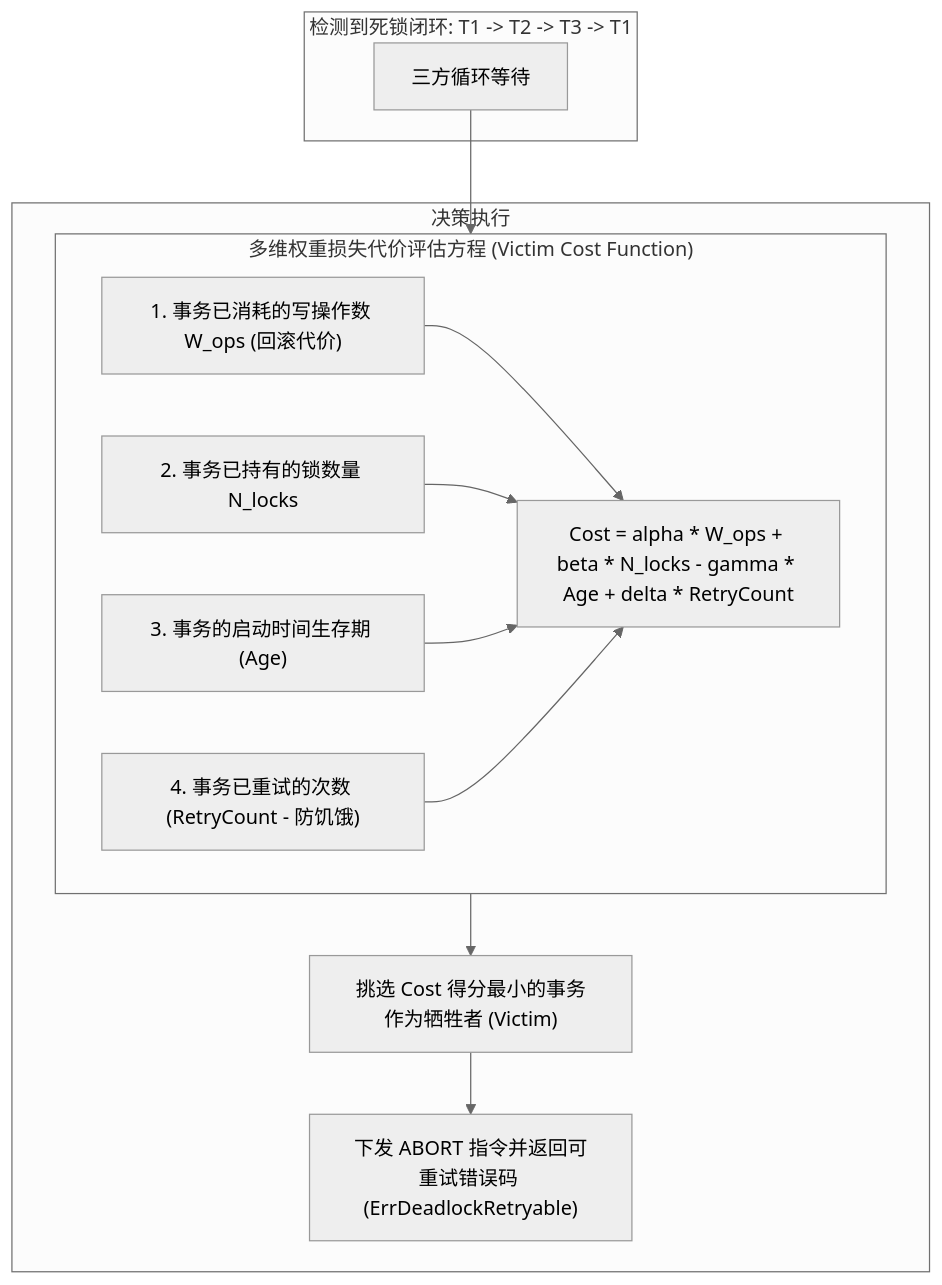
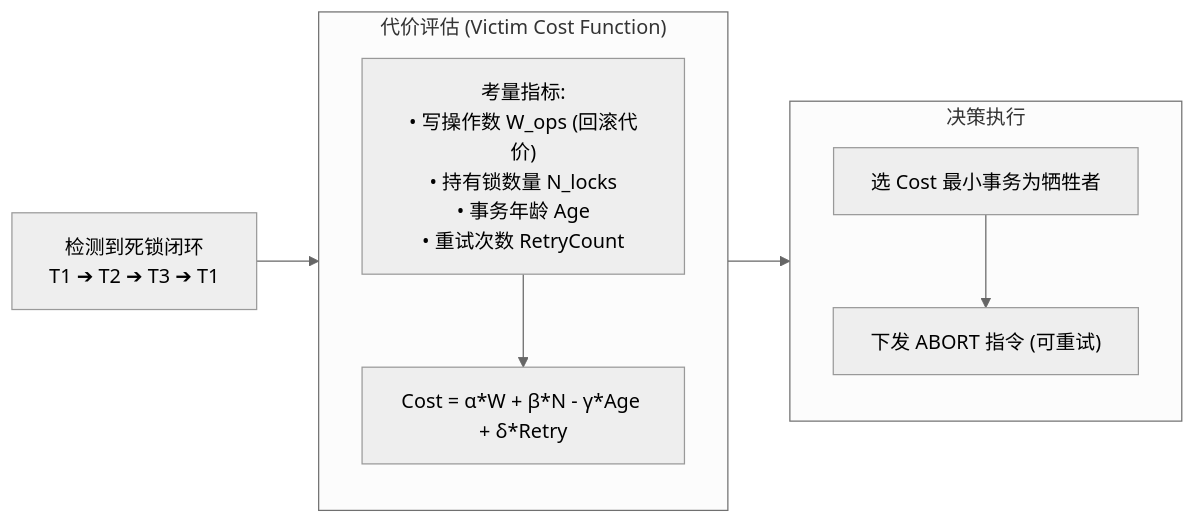
The fourth of 4 diagrams in content/posts/interview-deep-dives/interview-58-distributed-deadlock-detection-engine.md (MoreConsequence/MoreConsequence.github.io), drawn with Mermaid (neutral theme) before and after one commit. The commit also changed other lines of this file and 835 other files, not shown here.

First line of the commit message:
feat(blog): 全站33篇新增深度专栏与博文全量审核上线及矢量图表优化

````diff
--- a/content/posts/interview-deep-dives/interview-58-distributed-deadlock-detection-engine.md
+++ b/content/posts/interview-deep-dives/interview-58-distributed-deadlock-detection-engine.md
@@ -169,25 +170,20 @@
 ```mermaid
-flowchart TD
-    subgraph DeadlockRing["检测到死锁闭环: T1 -> T2 -> T3 -> T1"]
-        Ring["三方循环等待"]
-    end
+flowchart LR
+    Ring["检测到死锁闭环<br/>T1 ➔ T2 ➔ T3 ➔ T1"]
 
-    subgraph CostModel["多维权重损失代价评估方程 (Victim Cost Function)"]
-        F1["1. 事务已消耗的写操作数 W_ops (回滚代价)"]
-        F2["2. 事务已持有的锁数量 N_locks"]
-        F3["3. 事务的启动时间生存期 (Age)"]
-        F4["4. 事务已重试的次数 (RetryCount - 防饥饿)"]
-        Formula["Cost = alpha * W_ops + beta * N_locks - gamma * Age + delta * RetryCount"]
-        F1 --> Formula
-        F2 --> Formula
-        F3 --> Formula
-        F4 --> Formula
+    subgraph CostModel["代价评估 (Victim Cost Function)"]
+        direction TB
+        Factors["考量指标:<br/>• 写操作数 W_ops (回滚代价)<br/>• 持有锁数量 N_locks<br/>• 事务年龄 Age<br/>• 重试次数 RetryCount"]
+        Formula["Cost = α*W + β*N - γ*Age + δ*Retry"]
+        Factors --> Formula
     end
 
     subgraph Decision["决策执行"]
-        PickMin["挑选 Cost 得分最小的事务作为牺牲者 (Victim)"]
-        Ring --> CostModel --> PickMin
-        AbortVictim["下发 ABORT 指令并返回可重试错误码 (ErrDeadlockRetryable)"]
+        direction TB
+        PickMin["选 Cost 最小事务为牺牲者"]
+        AbortVictim["下发 ABORT 指令 (可重试)"]
         PickMin --> AbortVictim
     end
+
+    Ring --> CostModel --> Decision
 ```
````
